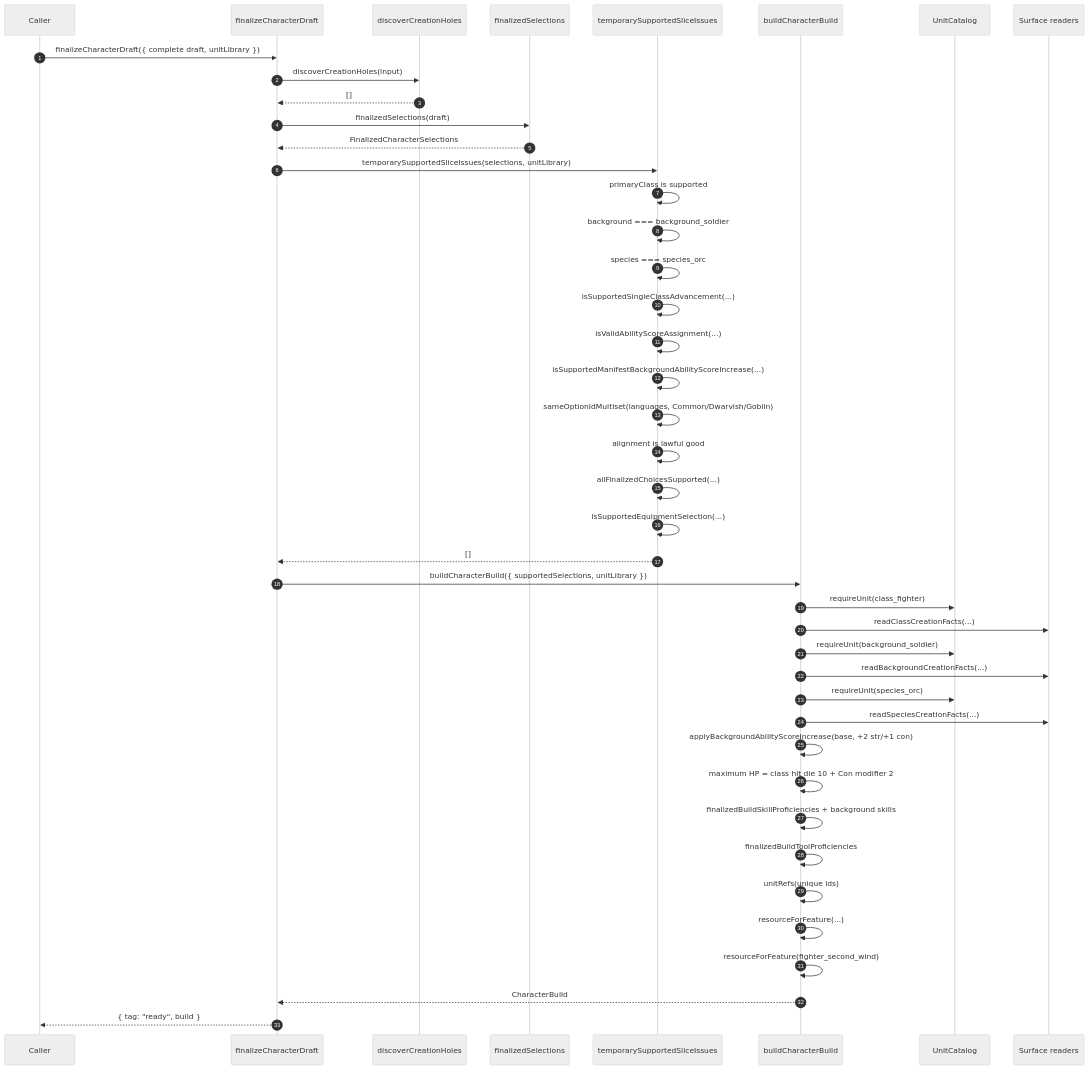
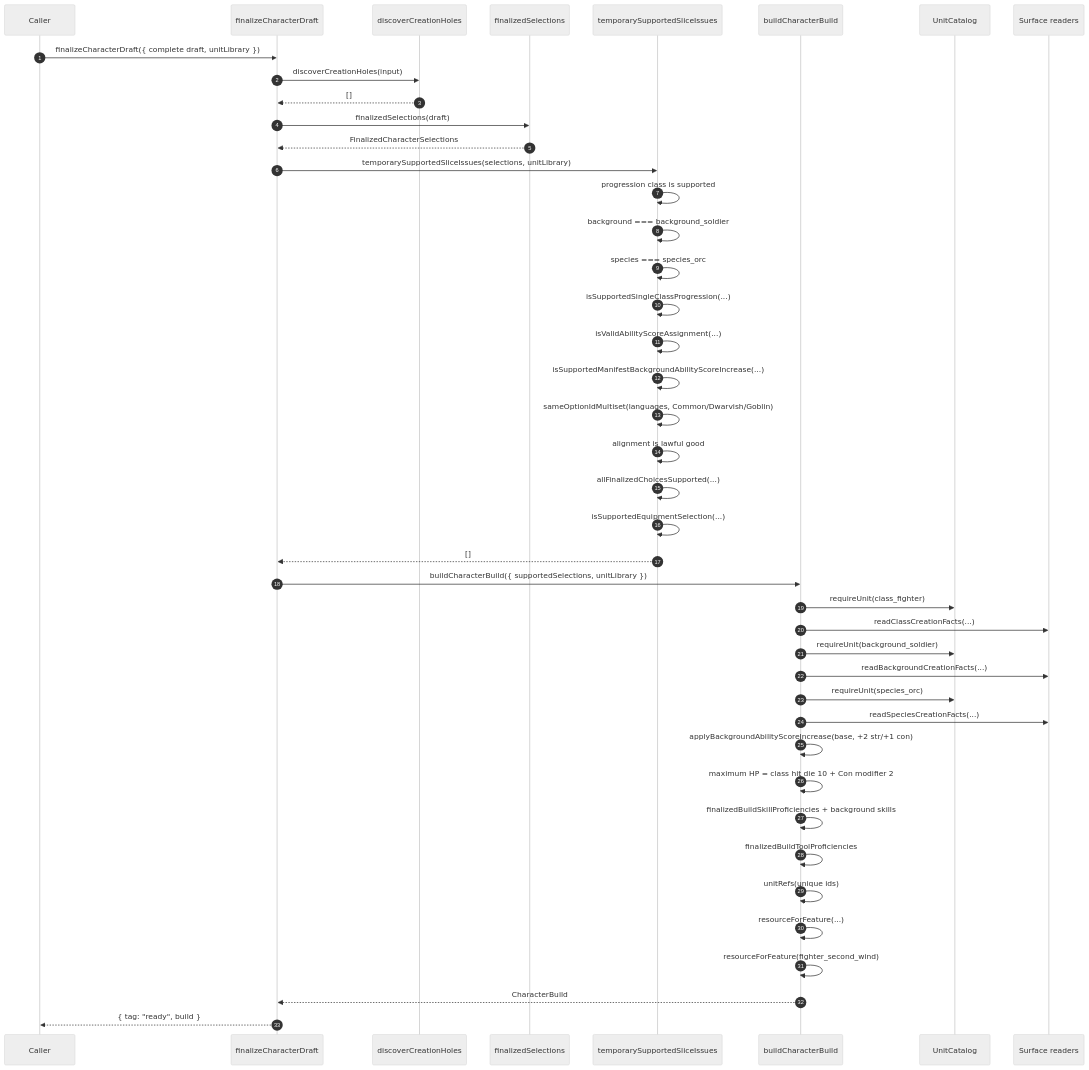
One commit to dearlordylord/5e-quint changed the ninth of 10 diagrams in packages/character-creation-runtime/EXPLANATORY_TIME_DIAGRAM.md. Above: the diagram before and after it, drawn with Mermaid (neutral theme). The commit also changed other lines of this file and 21 other files, not shown here.

````diff
--- a/packages/character-creation-runtime/EXPLANATORY_TIME_DIAGRAM.md
+++ b/packages/character-creation-runtime/EXPLANATORY_TIME_DIAGRAM.md
@@ -474,46 +471,46 @@
 ```mermaid
 sequenceDiagram
   autonumber
   participant Caller
   participant Runtime as finalizeCharacterDraft
   participant Discover as discoverCreationHoles
   participant Narrow as finalizedSelections
   participant Legal as temporarySupportedSliceIssues
   participant Build as buildCharacterBuild
   participant Catalog as UnitCatalog
   participant Surface as Surface readers
 
   Caller->>Runtime: finalizeCharacterDraft({ complete draft, unitLibrary })
   Runtime->>Discover: discoverCreationHoles(input)
   Discover-->>Runtime: []
   Runtime->>Narrow: finalizedSelections(draft)
   Narrow-->>Runtime: FinalizedCharacterSelections
   Runtime->>Legal: temporarySupportedSliceIssues(selections, unitLibrary)
-  Legal->>Legal: primaryClass is supported
+  Legal->>Legal: progression class is supported
   Legal->>Legal: background === background_soldier
   Legal->>Legal: species === species_orc
-  Legal->>Legal: isSupportedSingleClassAdvancement(...)
+  Legal->>Legal: isSupportedSingleClassProgression(...)
   Legal->>Legal: isValidAbilityScoreAssignment(...)
   Legal->>Legal: isSupportedManifestBackgroundAbilityScoreIncrease(...)
   Legal->>Legal: sameOptionIdMultiset(languages, Common/Dwarvish/Goblin)
   Legal->>Legal: alignment is lawful good
   Legal->>Legal: allFinalizedChoicesSupported(...)
   Legal->>Legal: isSupportedEquipmentSelection(...)
   Legal-->>Runtime: []
   Runtime->>Build: buildCharacterBuild({ supportedSelections, unitLibrary })
   Build->>Catalog: requireUnit(class_fighter)
   Build->>Surface: readClassCreationFacts(...)
   Build->>Catalog: requireUnit(background_soldier)
   Build->>Surface: readBackgroundCreationFacts(...)
   Build->>Catalog: requireUnit(species_orc)
   Build->>Surface: readSpeciesCreationFacts(...)
   Build->>Build: applyBackgroundAbilityScoreIncrease(base, +2 str/+1 con)
   Build->>Build: maximum HP = class hit die 10 + Con modifier 2
   Build->>Build: finalizedBuildSkillProficiencies + background skills
   Build->>Build: finalizedBuildToolProficiencies
   Build->>Build: unitRefs(unique ids)
   Build->>Build: resourceForFeature(...)
   Build->>Build: resourceForFeature(fighter_second_wind)
   Build-->>Runtime: CharacterBuild
   Runtime-->>Caller: { tag: "ready", build }
 ```
````
